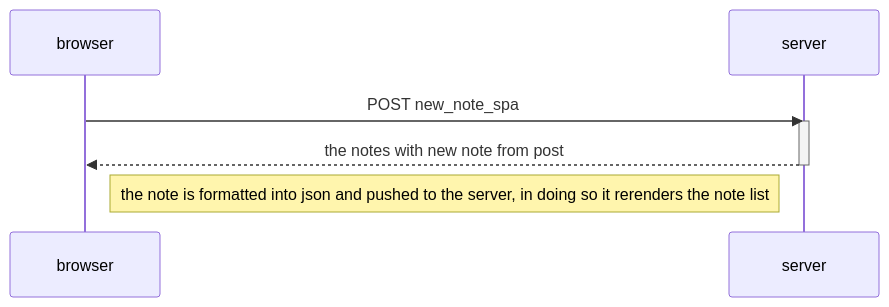
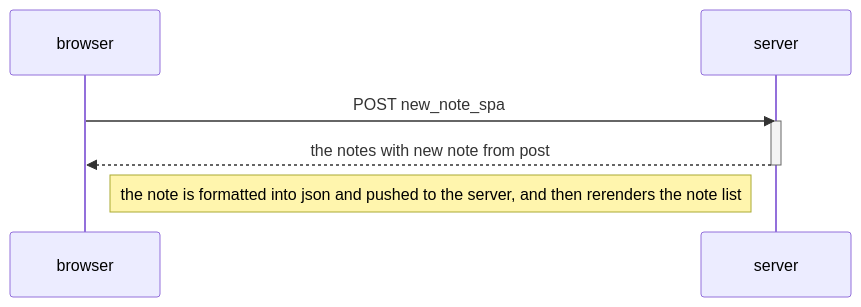
One commit to vanrobb/FullStackOpen changed the diagram in part0/06.md. Above: the diagram before and after it, drawn with Mermaid. The commit also changed 1 other file, not shown here.

Commit message:
Part 0 Complete

````diff
--- a/part0/06.md
+++ b/part0/06.md
@@ -1,12 +1,12 @@
 ```mermaid
     sequenceDiagram
     participant browser
     participant server
 
     browser->>server: POST new_note_spa
     activate server
     server-->>browser: the notes with new note from post
     deactivate server
 
-    Note right of browser: the note is formatted into json and pushed to the server, in doing so it rerenders the note list
+    Note right of browser: the note is formatted into json and pushed to the server, and then rerenders the note list
 ```
````
